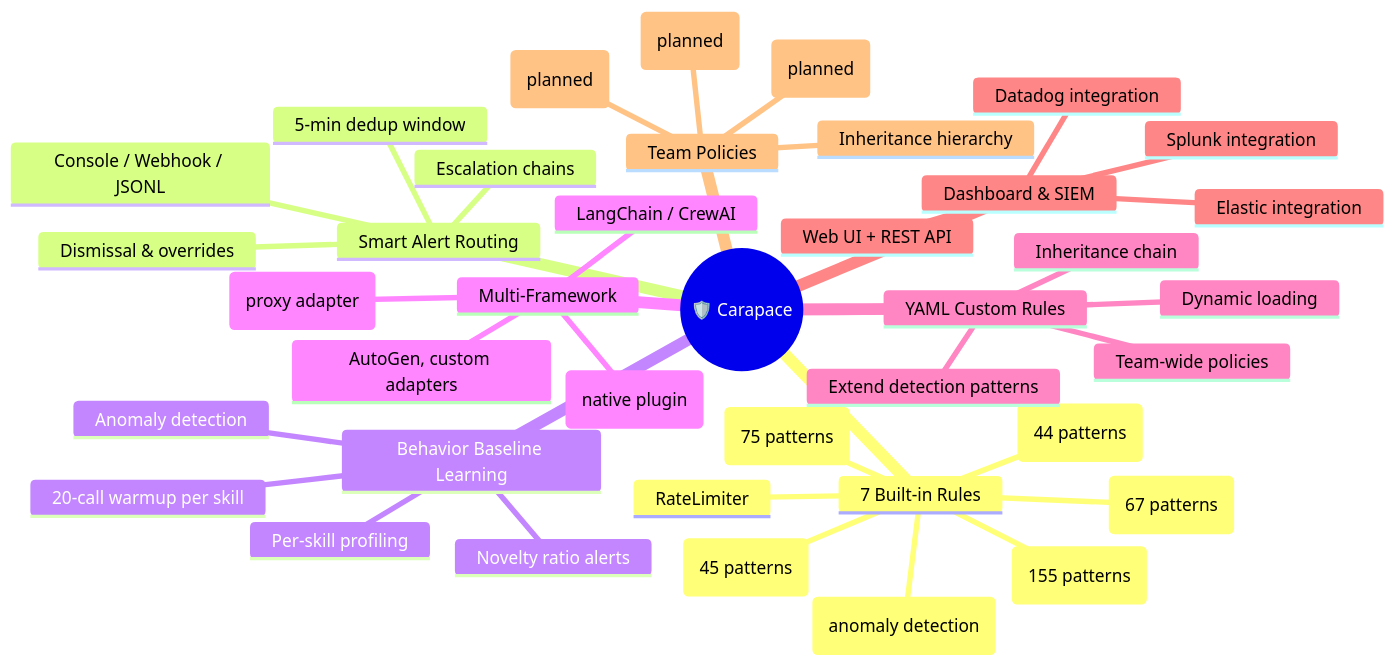
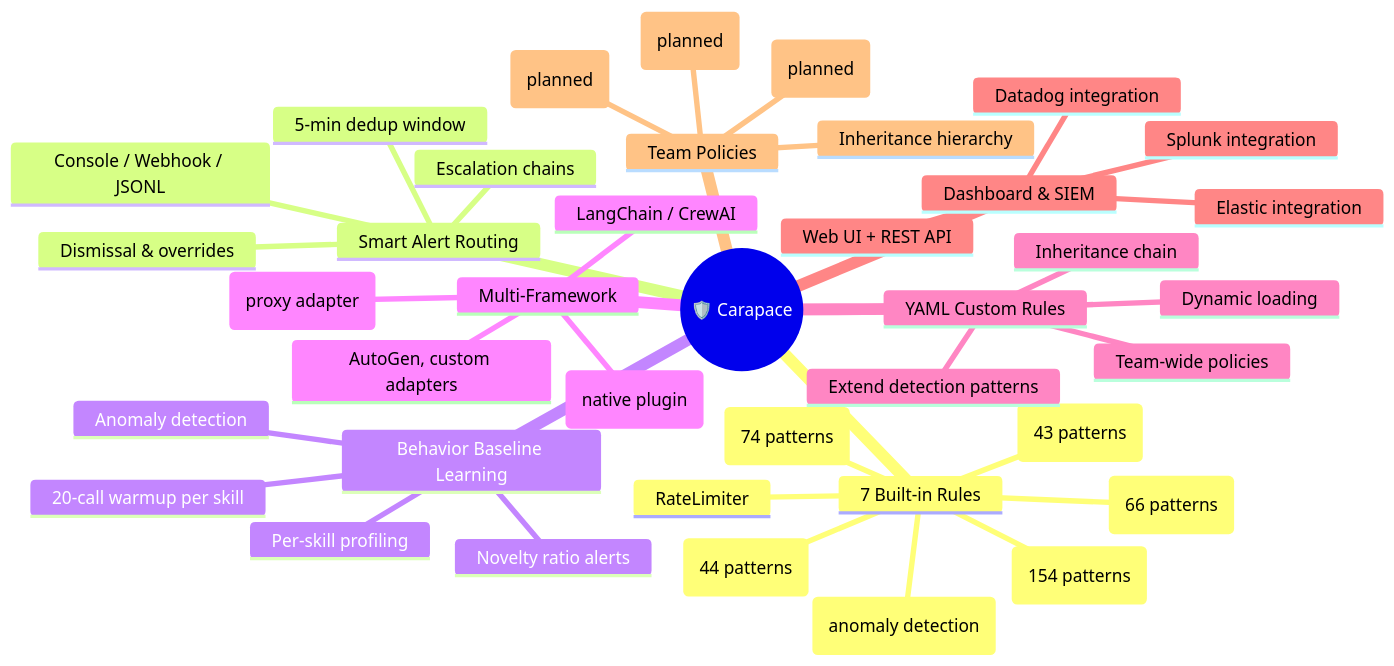
The first of 4 diagrams in README.md (yeasy/carapace), drawn with Mermaid before and after one commit. The commit also changed other lines of this file and 2 other files, not shown here.

Commit message:
Fix inflated pattern counts in docs

````diff
--- a/README.md
+++ b/README.md
@@ -70,42 +70,42 @@
 ```mermaid
 mindmap
   root((🛡️ Carapace))
     7 Built-in Rules
-      ExecGuard (155 patterns)
-      PathGuard (75 patterns)
-      NetworkGuard (45 patterns)
+      ExecGuard (154 patterns)
+      PathGuard (74 patterns)
+      NetworkGuard (44 patterns)
       RateLimiter
-      PromptInjection (44 patterns)
-      DataExfil (67 patterns)
+      PromptInjection (43 patterns)
+      DataExfil (66 patterns)
       BaselineDrift (anomaly detection)
     Smart Alert Routing
       5-min dedup window
       Escalation chains
       Dismissal & overrides
       Console / Webhook / JSONL
     Behavior Baseline Learning
       20-call warmup per skill
       Per-skill profiling
       Anomaly detection
       Novelty ratio alerts
     Multi-Framework
       OpenClaw (native plugin)
       MCP (proxy adapter)
       LangChain / CrewAI
       AutoGen, custom adapters
     YAML Custom Rules
       Extend detection patterns
       Team-wide policies
       Inheritance chain
       Dynamic loading
     Dashboard & SIEM
       Web UI + REST API
       Splunk integration
       Elastic integration
       Datadog integration
     Team Policies
       Inheritance hierarchy
       Role-based access (planned)
       Policy versioning (planned)
       Audit logging (planned)
 ```
````
